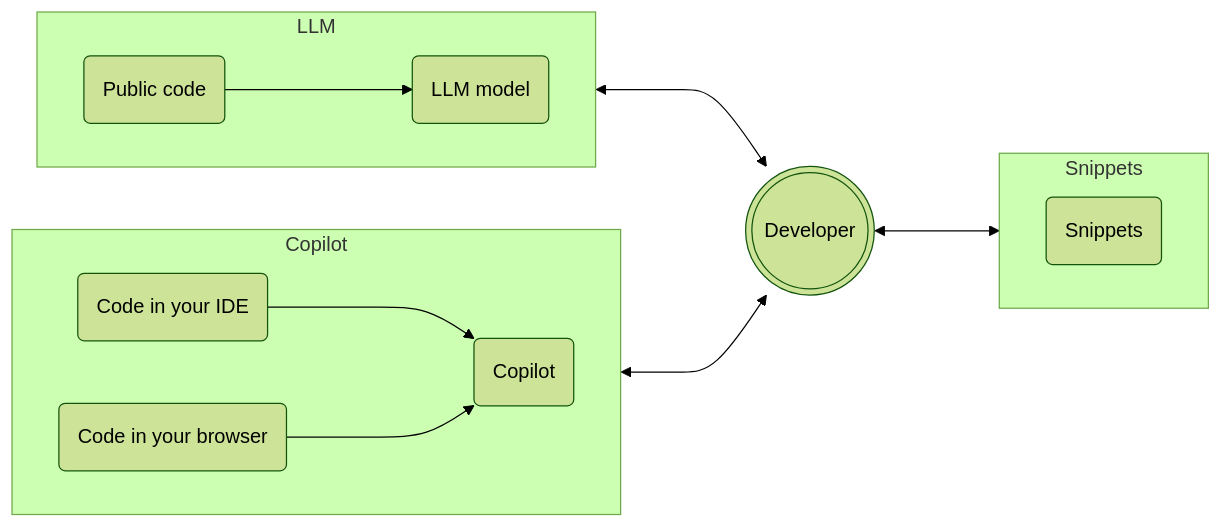
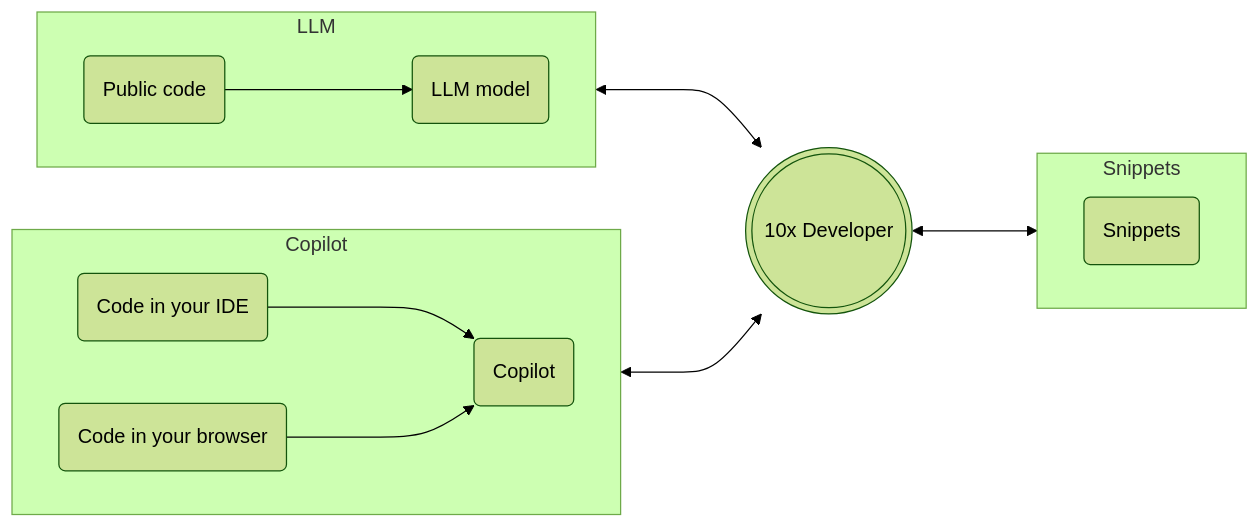
The fourth of 7 diagrams in 10x-developer-productivity/slides.md (pieces-app/workshops), drawn with Mermaid (forest theme) before and after one commit. The commit also changed other lines of this file and 138 other files, not shown here.

````diff
--- a/10x-developer-productivity/slides.md
+++ b/10x-developer-productivity/slides.md
@@ -329,19 +404,19 @@
 ```mermaid
 flowchart LR
     subgraph LLM
         direction LR
         public-cloud(Public code)--->llm-model(LLM model)
     end
     subgraph Copilot
         direction LR
         code-ide(Code in your IDE)--->copilot-ide(Copilot)
         web(Code in your browser)--->copilot-ide(Copilot)
     end
     subgraph Snippets
         direction RL
         snippets(Snippets)
     end
-    LLM<--->context(((Developer)))
-    Copilot<--->context(((Developer)))
-    context(((Developer)))<--->Snippets
+    LLM<--->context(((10x Developer)))
+    Copilot<--->context(((10x Developer)))
+    context(((10x Developer)))<--->Snippets
 ```
````
